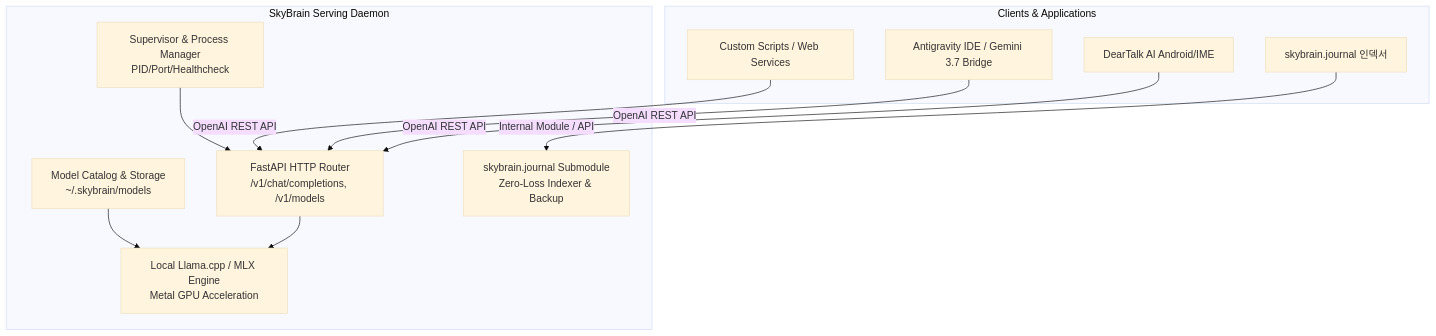
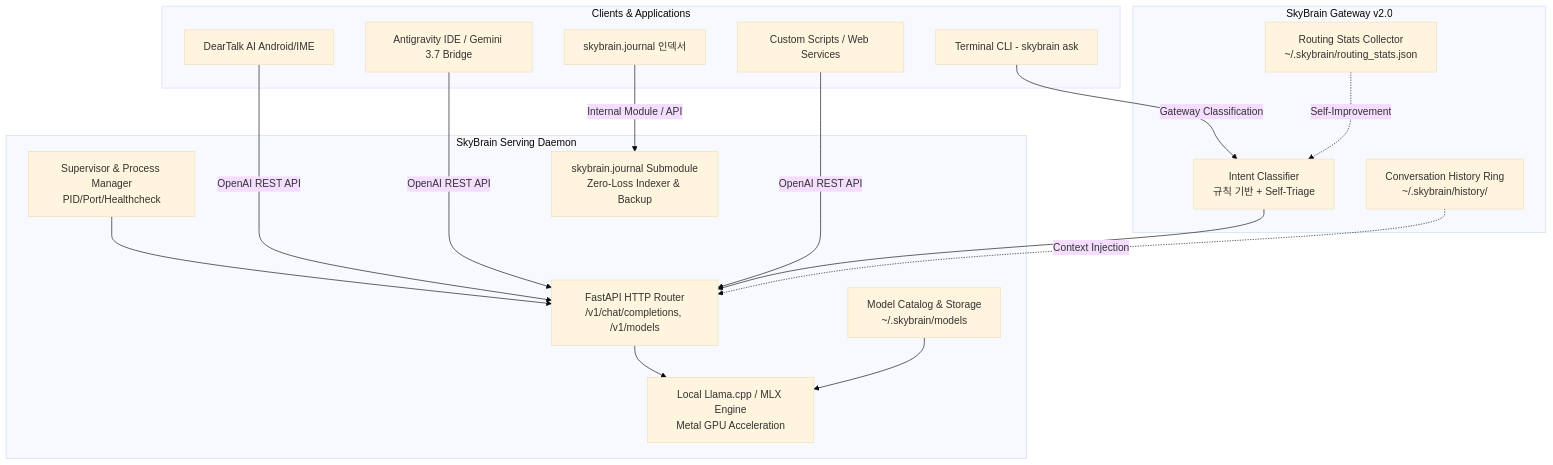
One commit to cobuild-ai/skybrain changed the diagram in ARCHITECTURE.md. Above: the diagram before and after it, drawn with Mermaid (base theme). The commit also changed other lines of this file and 33 other files, not shown here.

````diff
--- a/ARCHITECTURE.md
+++ b/ARCHITECTURE.md
@@ -9,26 +9,38 @@
 ```mermaid
 graph TD
     subgraph Clients [Clients & Applications]
         A1[DearTalk AI Android/IME]
         A2[Antigravity IDE / Gemini 3.7 Bridge]
         A3[skybrain.journal 인덱서]
         A4[Custom Scripts / Web Services]
+        A5[Terminal CLI - skybrain ask]
     end
 
     subgraph SkyBrain [SkyBrain Serving Daemon]
         API[FastAPI HTTP Router<br>/v1/chat/completions, /v1/models]
         SUP[Supervisor & Process Manager<br>PID/Port/Healthcheck]
         CAT[Model Catalog & Storage<br>~/.skybrain/models]
         ENG[Local Llama.cpp / MLX Engine<br>Metal GPU Acceleration]
         JRN[skybrain.journal Submodule<br>Zero-Loss Indexer & Backup]
     end
 
+    subgraph Gateway [SkyBrain Gateway v2.0]
+        GW1[Intent Classifier<br>규칙 기반 + Self-Triage]
+        GW2[Conversation History Ring<br>~/.skybrain/history/]
+        GW3[Routing Stats Collector<br>~/.skybrain/routing_stats.json]
+    end
+
     A1 -->|OpenAI REST API| API
     A2 -->|OpenAI REST API| API
     A3 -->|Internal Module / API| JRN
     A4 -->|OpenAI REST API| API
+    A5 -->|Gateway Classification| GW1
+
+    GW1 --> API
+    GW2 -.->|Context Injection| API
+    GW3 -.->|Self-Improvement| GW1
 
     API --> ENG
     SUP --> API
     CAT --> ENG
 ```
````
